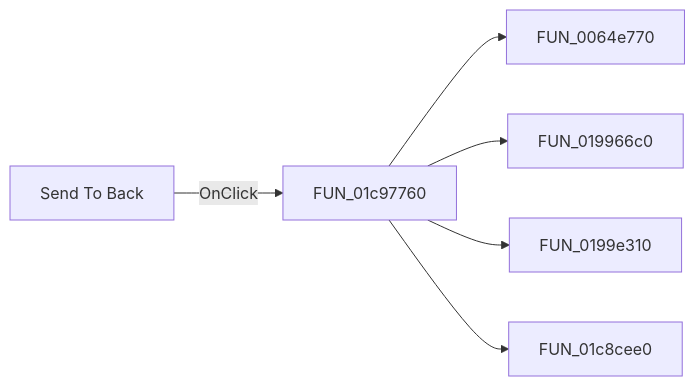
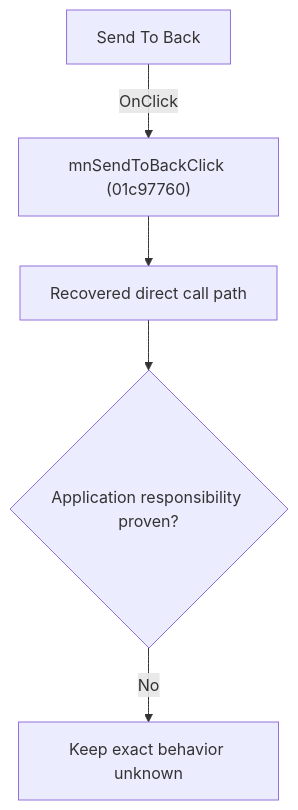
The diagram in docs/ui-controls/schematiceditor/mnsendtoback-ed3ded89d7.md (MovGP0/TIARA), drawn with Mermaid before and after one commit. The commit also changed other lines of this file and 1062 other files, not shown here.

````diff
--- a/docs/ui-controls/schematiceditor/mnsendtoback-ed3ded89d7.md
+++ b/docs/ui-controls/schematiceditor/mnsendtoback-ed3ded89d7.md
@@ -27,8 +27,7 @@
 ```mermaid
-flowchart LR
-    control["Send To Back"] -->|OnClick| handler["FUN_01c97760"]
-    handler --> call1["FUN_0064e770"]
-    handler --> call2["FUN_019966c0"]
-    handler --> call3["FUN_0199e310"]
-    handler --> call4["FUN_01c8cee0"]
+flowchart TD
+    control["Send To Back"] -->|"OnClick"| handler["mnSendToBackClick (01c97760)"]
+    handler --> recovered["Recovered direct call path"]
+    recovered --> gap{"Application responsibility proven?"}
+    gap -->|"No"| blocked["Keep exact behavior unknown"]
 ```
````
